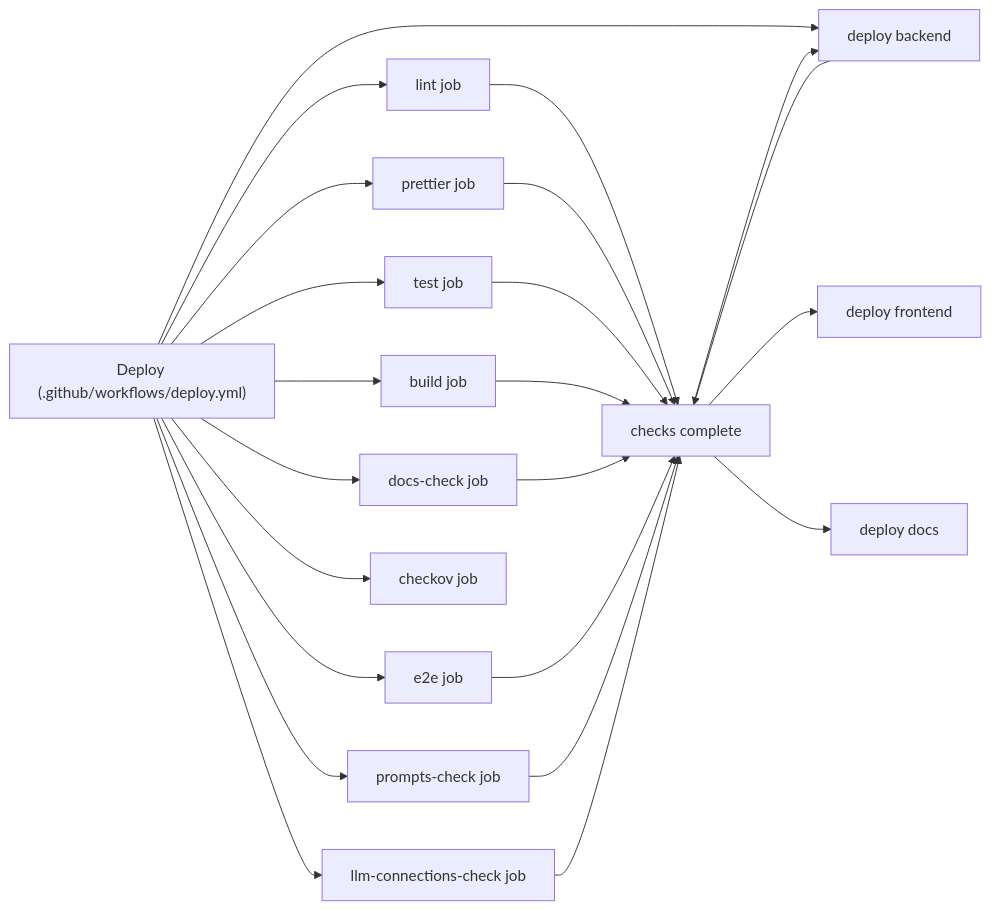
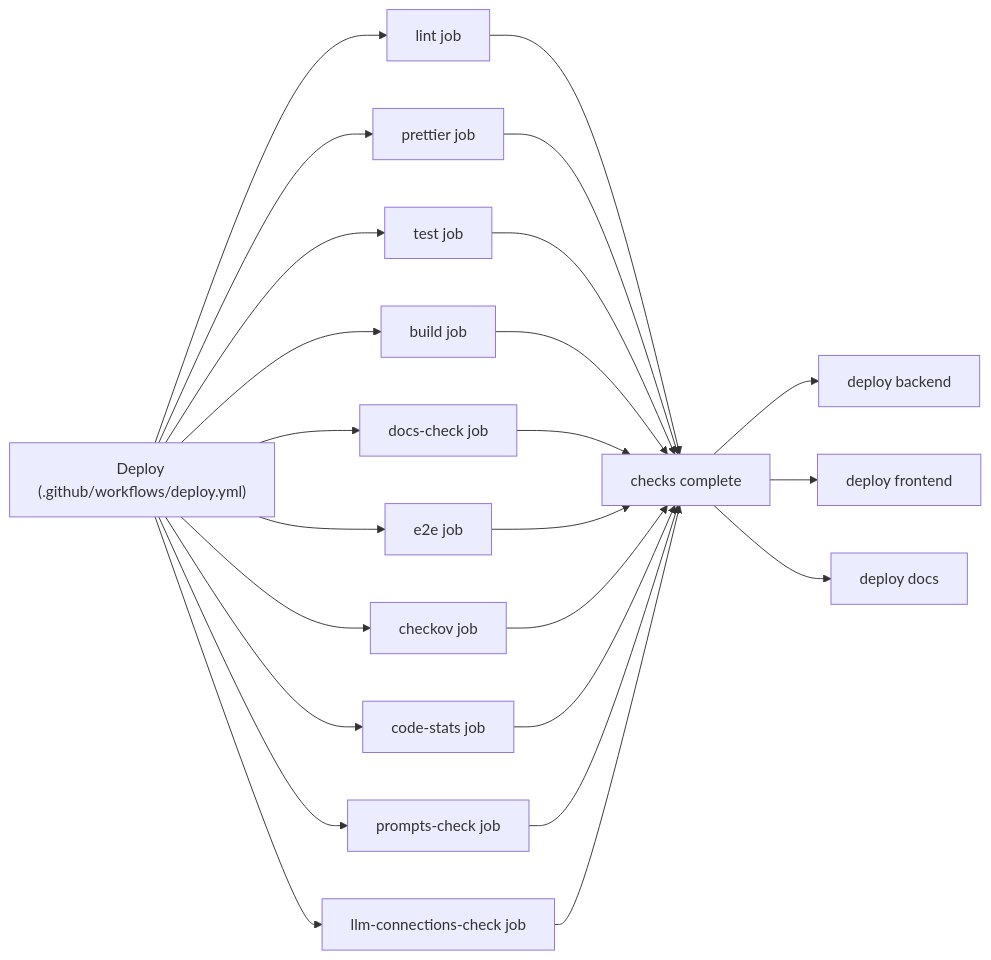
One commit to Chronote-gg/Chronote changed the fourth of 4 diagrams in README.md. Above: the diagram before and after it, drawn with Mermaid. The commit also changed other lines of this file and 9 other files, not shown here.

````diff
--- a/README.md
+++ b/README.md
@@ -126,25 +126,26 @@
 ```mermaid
 flowchart LR
   A["Deploy (.github/workflows/deploy.yml)"] --> B["lint job"]
   A --> C["prettier job"]
   A --> D["test job"]
   A --> E["build job"]
   A --> F["docs-check job"]
   A --> G["e2e job"]
   A --> H["checkov job"]
   A --> I["code-stats job"]
   A --> P["prompts-check job"]
   A --> Q["llm-connections-check job"]
   B --> Z["checks complete"]
   C --> Z
   D --> Z
   E --> Z
   F --> Z
   G --> Z
+  H --> Z
   I --> Z
   P --> Z
   Q --> Z
-  Z --> I["deploy backend"]
+  Z --> L["deploy backend"]
   Z --> J["deploy frontend"]
   Z --> K["deploy docs"]
 ```
````
